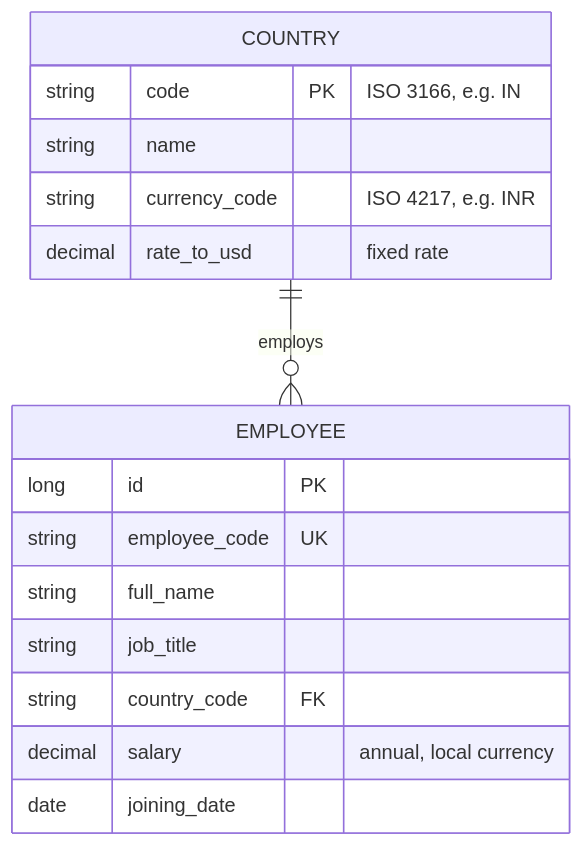
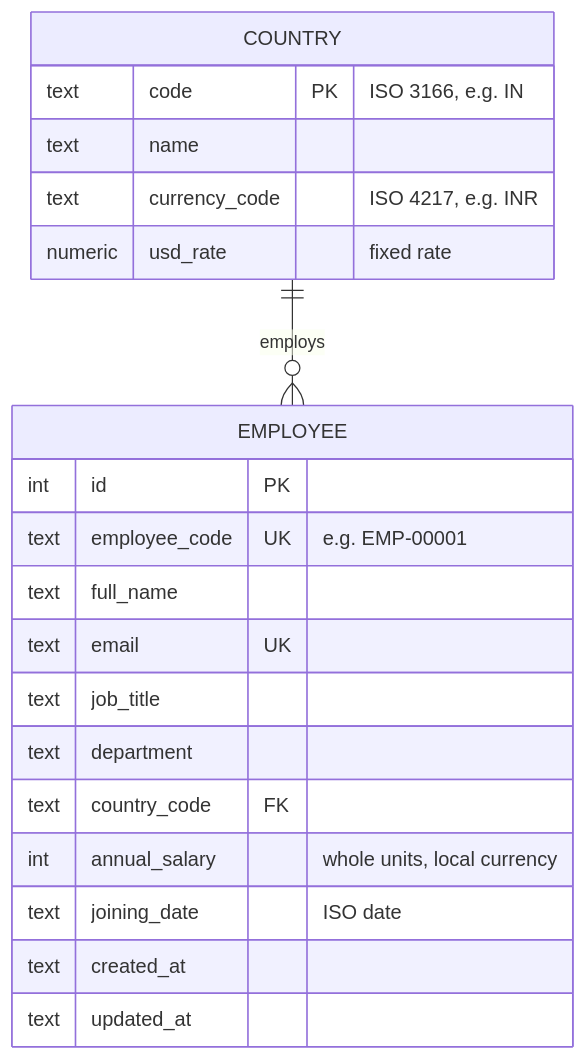
Before and after one commit to kuttekiran97/salary-management-system: the third of 5 diagrams in docs/architecture.md, drawn with Mermaid. The commit also changed other lines of this file and 7 other files, not shown here.

First line of the commit message:
feat(db): add country and employee schema with Flyway migrations

````diff
--- a/docs/architecture.md
+++ b/docs/architecture.md
@@ -78,19 +78,23 @@
 ```mermaid
 erDiagram
     EMPLOYEE {
-        long id PK
-        string employee_code UK
-        string full_name
-        string job_title
-        string country_code FK
-        decimal salary "annual, local currency"
-        date joining_date
+        int id PK
+        text employee_code UK "e.g. EMP-00001"
+        text full_name
+        text email UK
+        text job_title
+        text department
+        text country_code FK
+        int annual_salary "whole units, local currency"
+        text joining_date "ISO date"
+        text created_at
+        text updated_at
     }
     COUNTRY {
-        string code PK "ISO 3166, e.g. IN"
-        string name
-        string currency_code "ISO 4217, e.g. INR"
-        decimal rate_to_usd "fixed rate"
+        text code PK "ISO 3166, e.g. IN"
+        text name
+        text currency_code "ISO 4217, e.g. INR"
+        numeric usd_rate "fixed rate"
     }
     COUNTRY ||--o{ EMPLOYEE : employs
 ```
````
